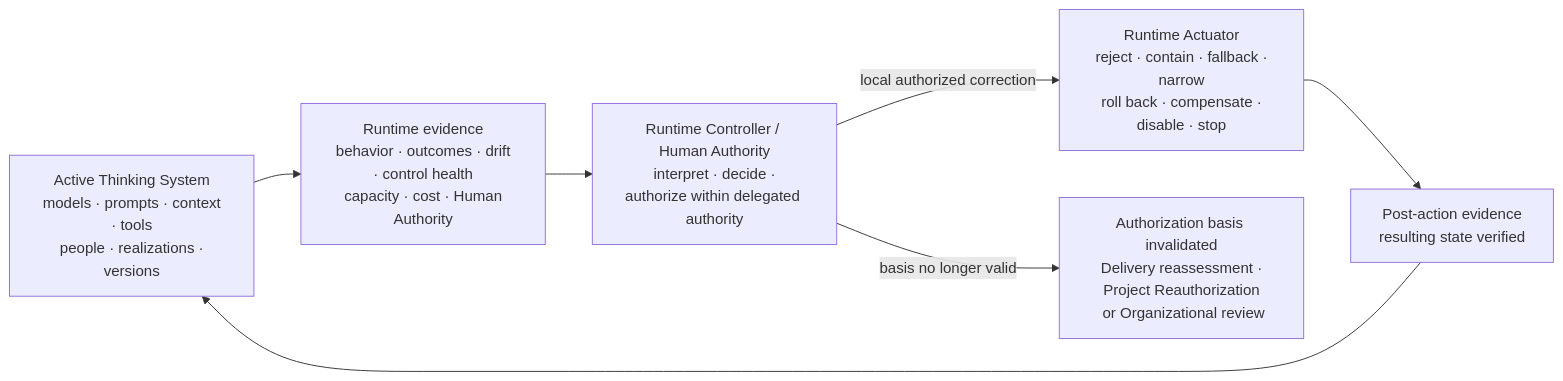
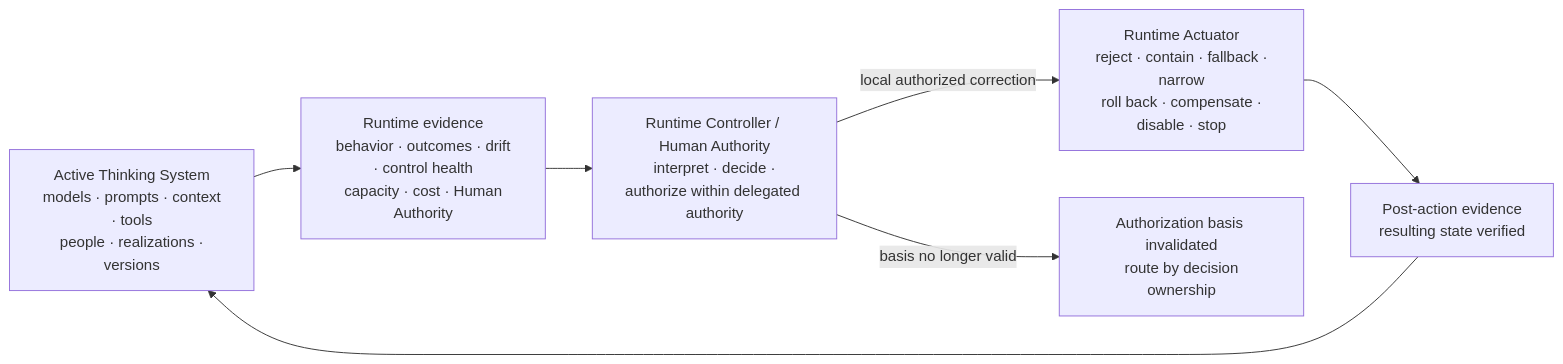
Diagram 13 of 15 in content/research/notes/open-engineering-specification-article-draft.md (UncertaintyArchitectureGroup/uncertainty-architecture), drawn with Mermaid before and after one commit. The commit also changed other lines of this file and 1 other file, not shown here.

Commit message:
docs(research): align Section 4 figure semantics

````diff
--- a/content/research/notes/open-engineering-specification-article-draft.md
+++ b/content/research/notes/open-engineering-specification-article-draft.md
@@ -707,13 +711,13 @@
 ```mermaid
 flowchart LR
     SYS["Active Thinking System<br/> models · prompts · context · tools<br/> people · realizations · versions"]
     OBS["Runtime evidence<br/> behavior · outcomes · drift · control health<br/> capacity · cost · Human Authority"]
     CTRL["Runtime Controller / Human Authority<br/> interpret · decide · authorize within delegated authority"]
     ACT["Runtime Actuator<br/> reject · contain · fallback · narrow<br/> roll back · compensate · disable · stop"]
     VERIFY["Post-action evidence<br/> resulting state verified"]
-    ESC["Authorization basis invalidated<br/> Delivery reassessment · Project Reauthorization<br/> or Organizational review"]
+    ESC["Authorization basis invalidated<br/> route by decision ownership"]
 
     SYS --> OBS --> CTRL
     CTRL -->|local authorized correction| ACT --> VERIFY --> SYS
     CTRL -->|basis no longer valid| ESC
 ```
````
